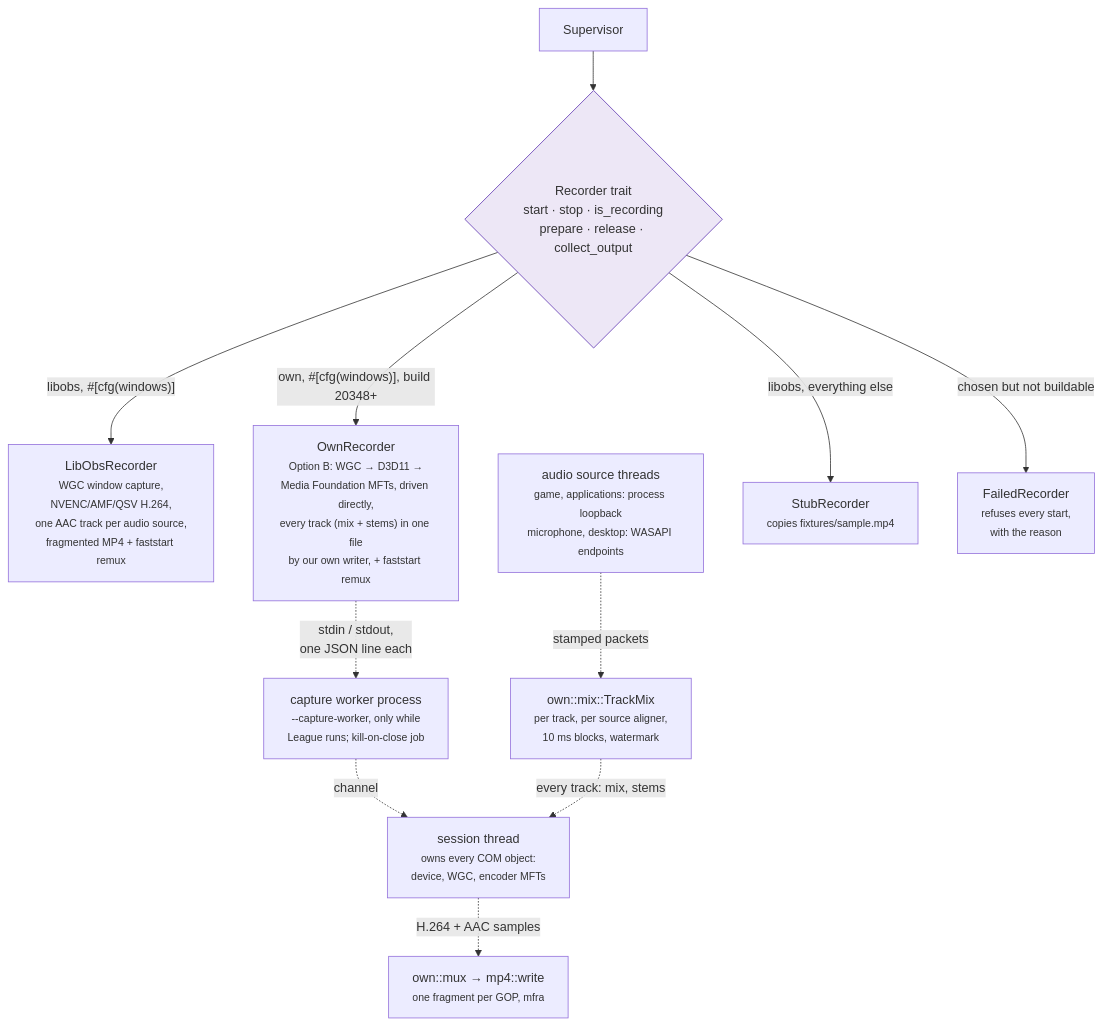
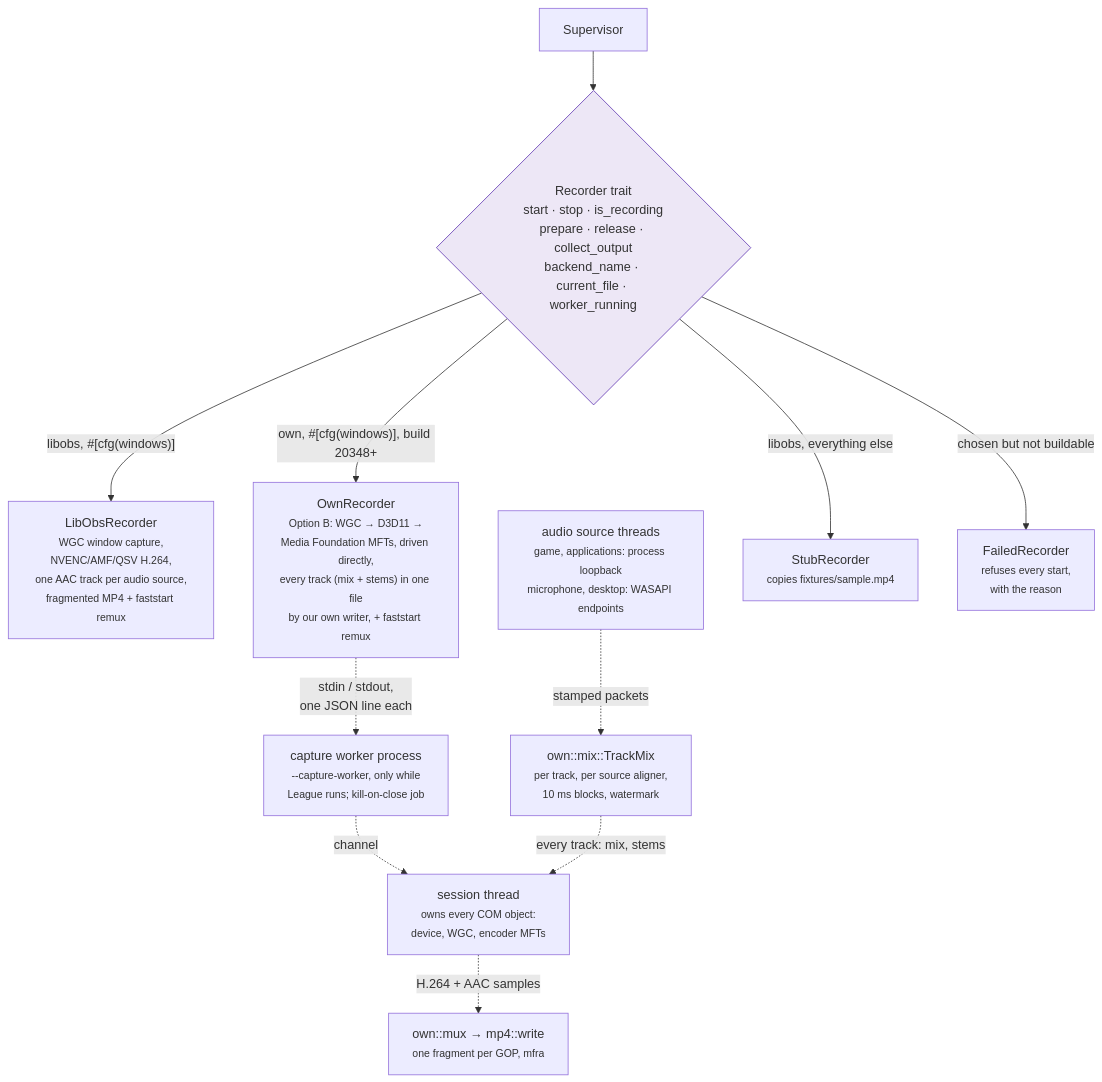
Before and after one commit to NinjaGoldfinch/ninja-recorder: the third of 10 diagrams in docs/architecture.md, drawn with Mermaid. The commit also changed other lines of this file and 16 other files, not shown here.

````diff
--- a/docs/architecture.md
+++ b/docs/architecture.md
@@ -163,14 +163,14 @@
 ```mermaid
 flowchart TB
-    SUP["Supervisor"] --> T{"Recorder trait<br/>start · stop · is_recording<br/>prepare · release · collect_output"}
+    SUP["Supervisor"] --> T{"Recorder trait<br/>start · stop · is_recording<br/>prepare · release · collect_output<br/>backend_name · current_file · worker_running"}
     T -->|"libobs, #[cfg(windows)]"| L["LibObsRecorder<br/><small>WGC window capture,<br/>NVENC/AMF/QSV H.264,<br/>one AAC track per audio source,<br/>fragmented MP4 + faststart remux</small>"]
     T -->|"own, #[cfg(windows)], build 20348+"| O["OwnRecorder<br/><small>Option B: WGC → D3D11 →<br/>Media Foundation MFTs, driven directly,<br/>every track (mix + stems) in one file<br/>by our own writer, + faststart remux</small>"]
     O -.->|"stdin / stdout,<br/>one JSON line each"| WK["capture worker process<br/><small>--capture-worker, only while<br/>League runs; kill-on-close job</small>"]
     WK -.->|"channel"| SES["session thread<br/><small>owns every COM object:<br/>device, WGC, encoder MFTs</small>"]
     AUD["audio source threads<br/><small>game, applications: process loopback<br/>microphone, desktop: WASAPI endpoints</small>"] -.->|"stamped packets"| MIX["own::mix::TrackMix<br/><small>per track, per source aligner,<br/>10 ms blocks, watermark</small>"]
     MIX -.->|"every track: mix, stems"| SES
     SES -.->|"H.264 + AAC samples"| MUX["own::mux → mp4::write<br/><small>one fragment per GOP, mfra</small>"]
     T -->|"libobs, everything else"| S["StubRecorder<br/><small>copies fixtures/sample.mp4</small>"]
     T -->|"chosen but not buildable"| F["FailedRecorder<br/><small>refuses every start,<br/>with the reason</small>"]
     style T fill:#ede7f6,stroke:#5e35b1
 ```
````
